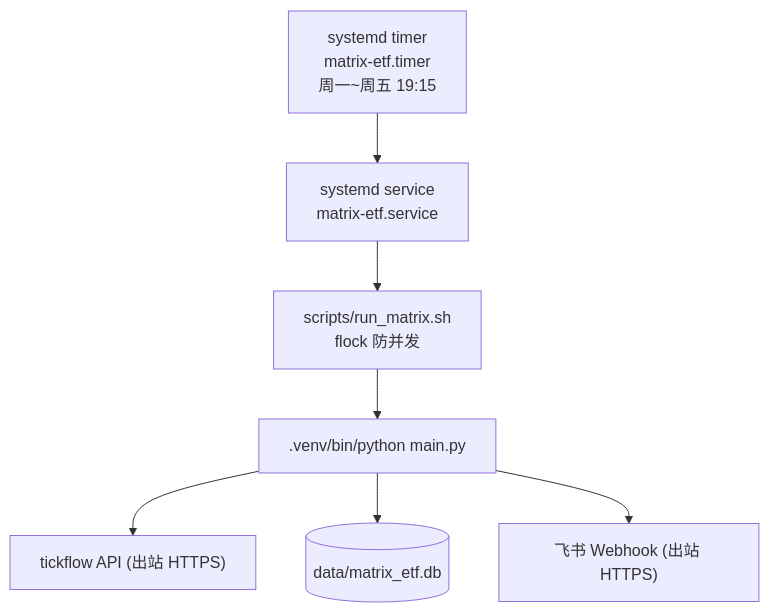
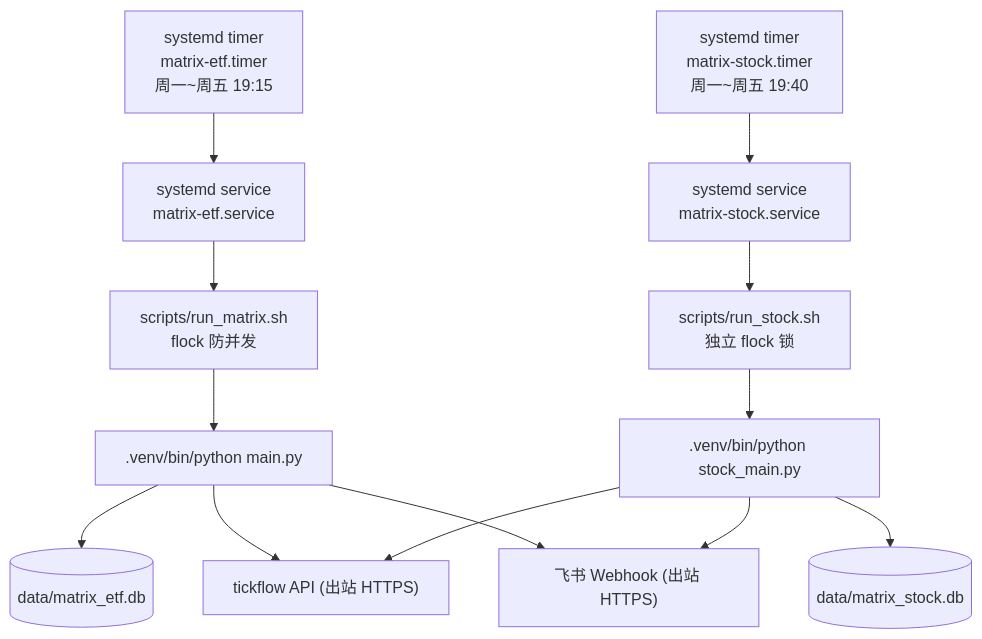
The fifth of 6 diagrams in docs/architecture.md (zongyangbigpolo/Matrix), drawn with Mermaid before and after one commit. The commit also changed other lines of this file and 4 other files, not shown here.

First line of the commit message:
Add systemd deployment for the stock pipeline

````diff
--- a/docs/architecture.md
+++ b/docs/architecture.md
@@ -180,9 +180,17 @@
 ```mermaid
 flowchart TD
-    Timer["systemd timer<br/>matrix-etf.timer<br/>周一~周五 19:15"] --> Svc["systemd service<br/>matrix-etf.service"]
-    Svc --> Sh["scripts/run_matrix.sh<br/>flock 防并发"]
-    Sh --> Py[".venv/bin/python main.py"]
-    Py --> TF["tickflow API (出站 HTTPS)"]
-    Py --> DB[("data/matrix_etf.db")]
-    Py --> Fs["飞书 Webhook (出站 HTTPS)"]
+    Timer1["systemd timer<br/>matrix-etf.timer<br/>周一~周五 19:15"] --> Svc1["systemd service<br/>matrix-etf.service"]
+    Svc1 --> Sh1["scripts/run_matrix.sh<br/>flock 防并发"]
+    Sh1 --> Py1[".venv/bin/python main.py"]
+    Py1 --> DB1[("data/matrix_etf.db")]
+
+    Timer2["systemd timer<br/>matrix-stock.timer<br/>周一~周五 19:40"] --> Svc2["systemd service<br/>matrix-stock.service"]
+    Svc2 --> Sh2["scripts/run_stock.sh<br/>独立 flock 锁"]
+    Sh2 --> Py2[".venv/bin/python stock_main.py"]
+    Py2 --> DB2[("data/matrix_stock.db")]
+
+    Py1 --> TF["tickflow API (出站 HTTPS)"]
+    Py2 --> TF
+    Py1 --> Fs["飞书 Webhook (出站 HTTPS)"]
+    Py2 --> Fs
 ```
````
